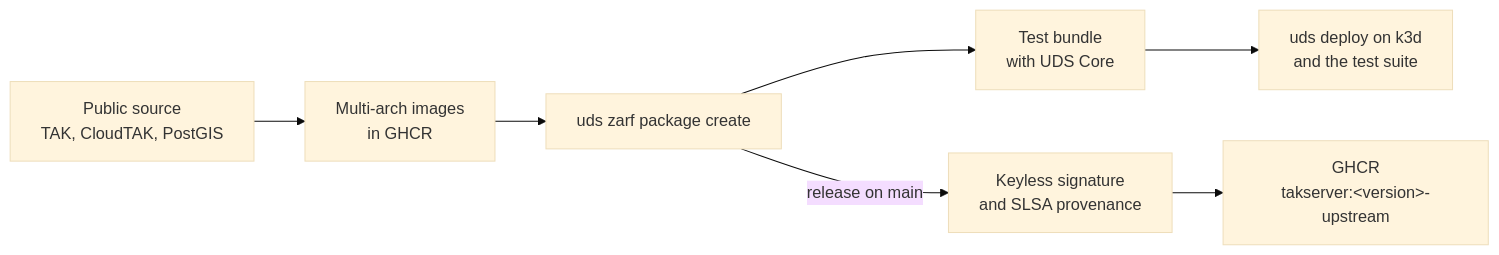
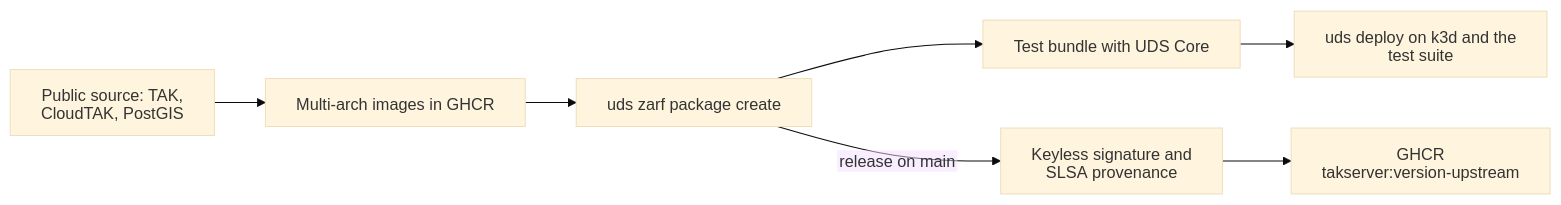
The second of 2 diagrams in README.md (jonathanagustin/uds-k3d-takserver), drawn with Mermaid (base theme) before and after one commit. The commit also changed other lines of this file and 1 other file, not shown here.

First line of the commit message:
fix: draw the architecture diagrams with plain SVG text (#317)

````diff
--- a/README.md
+++ b/README.md
@@ -306,9 +307,10 @@
 ```mermaid
+%%{init: {"htmlLabels": false}}%%
 flowchart LR
-  src["Public source<br/>TAK, CloudTAK, PostGIS"] --> images["Multi-arch images<br/>in GHCR"]
+  src["Public source: TAK, CloudTAK, PostGIS"] --> images["Multi-arch images in GHCR"]
   images --> pkg["uds zarf package create"]
-  pkg --> bundle["Test bundle<br/>with UDS Core"]
-  bundle --> deploy["uds deploy on k3d<br/>and the test suite"]
-  pkg -- "release on main" --> sign["Keyless signature<br/>and SLSA provenance"]
-  sign --> ghcr["GHCR<br/>takserver:#60;version#62;-upstream"]
+  pkg --> bundle["Test bundle with UDS Core"]
+  bundle --> deploy["uds deploy on k3d and the test suite"]
+  pkg -- "release on main" --> sign["Keyless signature and SLSA provenance"]
+  sign --> ghcr["GHCR takserver:version-upstream"]
 ```
````
